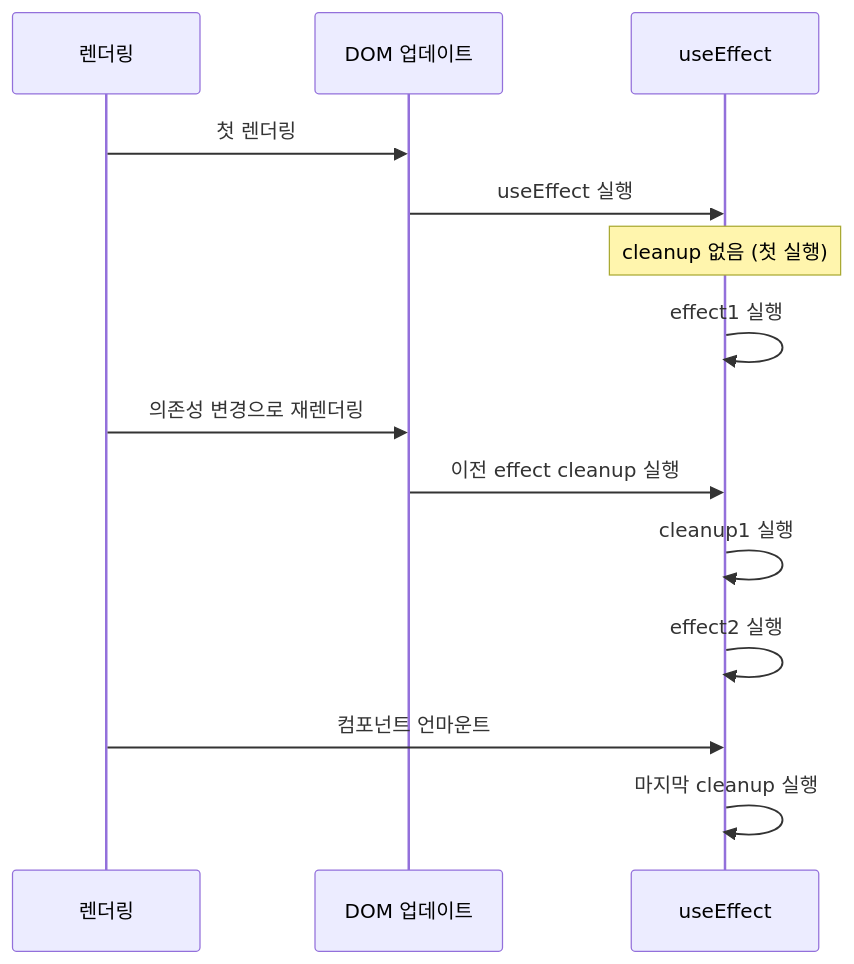
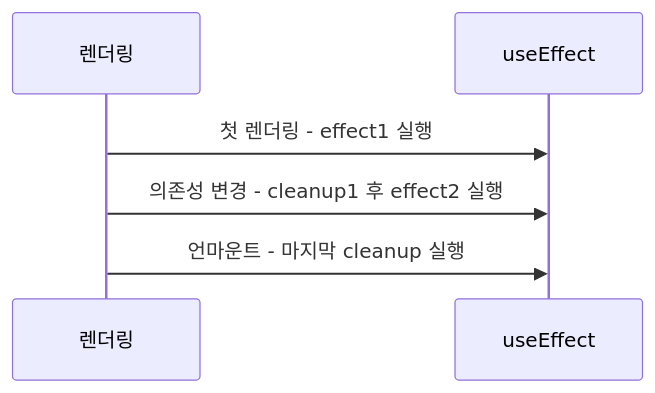
One commit to yjkim2015/yjkim2015.github.io changed the second of 6 diagrams in _posts/frontend/2026-05-02-react-hooks.md. Above: the diagram before and after it, drawn with Mermaid. The commit also changed other lines of this file and 215 other files, not shown here.

First line of the commit message:
신규 포스트 10개 추가 + Mermaid 전면 축소 + SystemDesign 시리즈 보강

````diff
--- a/_posts/frontend/2026-05-02-react-hooks.md
+++ b/_posts/frontend/2026-05-02-react-hooks.md
@@ -109,19 +101,8 @@
 ```mermaid
 sequenceDiagram
-    participant RENDER as 렌더링
-    participant DOM as DOM 업데이트
-    participant EFFECT as useEffect
-
-    RENDER->>DOM: 첫 렌더링
-    DOM->>EFFECT: useEffect 실행
-    Note over EFFECT: cleanup 없음 (첫 실행)
-    EFFECT->>EFFECT: effect1 실행
-
-    RENDER->>DOM: 의존성 변경으로 재렌더링
-    DOM->>EFFECT: 이전 effect cleanup 실행
-    EFFECT->>EFFECT: cleanup1 실행
-    EFFECT->>EFFECT: effect2 실행
-
-    RENDER->>EFFECT: 컴포넌트 언마운트
-    EFFECT->>EFFECT: 마지막 cleanup 실행
+    participant R as 렌더링
+    participant E as useEffect
+    R->>E: 첫 렌더링 - effect1 실행
+    R->>E: 의존성 변경 - cleanup1 후 effect2 실행
+    R->>E: 언마운트 - 마지막 cleanup 실행
 ```
````
